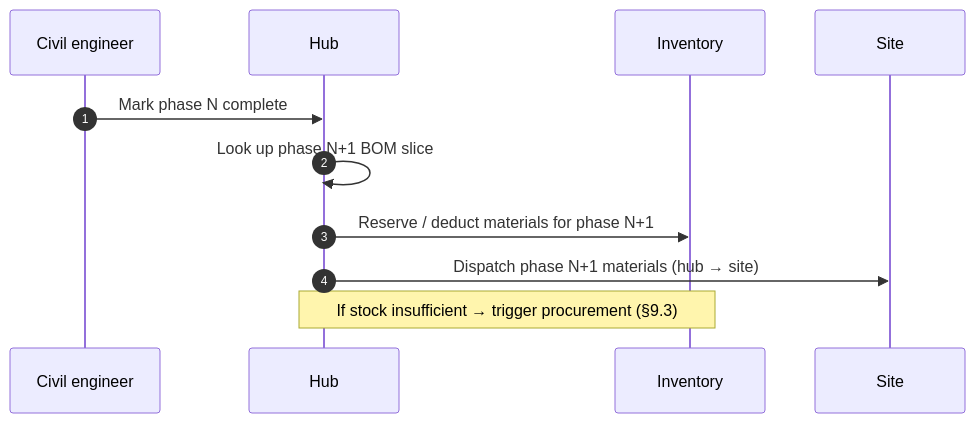
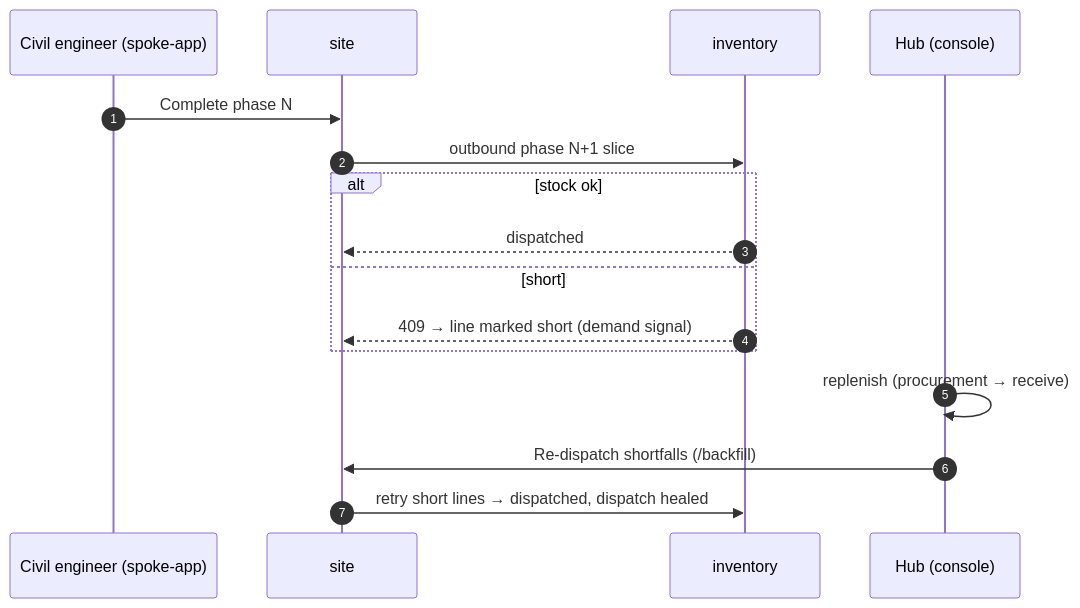
One commit to Tadipartirohith/CONSMAT-AI-V1 changed the third of 4 diagrams in docs/HLD.md. Above: the diagram before and after it, drawn with Mermaid. The commit also changed other lines of this file and 3 other files, not shown here.

````diff
--- a/docs/HLD.md
+++ b/docs/HLD.md
@@ -219,13 +169,18 @@
 ```mermaid
 sequenceDiagram
     autonumber
-    participant CE as Civil engineer
-    participant H as Hub
-    participant INV as Inventory
-    participant S as Site
-    CE->>H: Mark phase N complete
-    H->>H: Look up phase N+1 BOM slice
-    H->>INV: Reserve / deduct materials for phase N+1
-    H->>S: Dispatch phase N+1 materials (hub → site)
-    Note over H,INV: If stock insufficient → trigger procurement (§9.3)
+    participant CE as Civil engineer (spoke-app)
+    participant SITE as site
+    participant INV as inventory
+    participant HUB as Hub (console)
+    CE->>SITE: Complete phase N
+    SITE->>INV: outbound phase N+1 slice
+    alt stock ok
+        INV-->>SITE: dispatched
+    else short
+        INV-->>SITE: 409 → line marked short (demand signal)
+    end
+    HUB->>HUB: replenish (procurement → receive)
+    HUB->>SITE: Re-dispatch shortfalls (/backfill)
+    SITE->>INV: retry short lines → dispatched, dispatch healed
 ```
````
